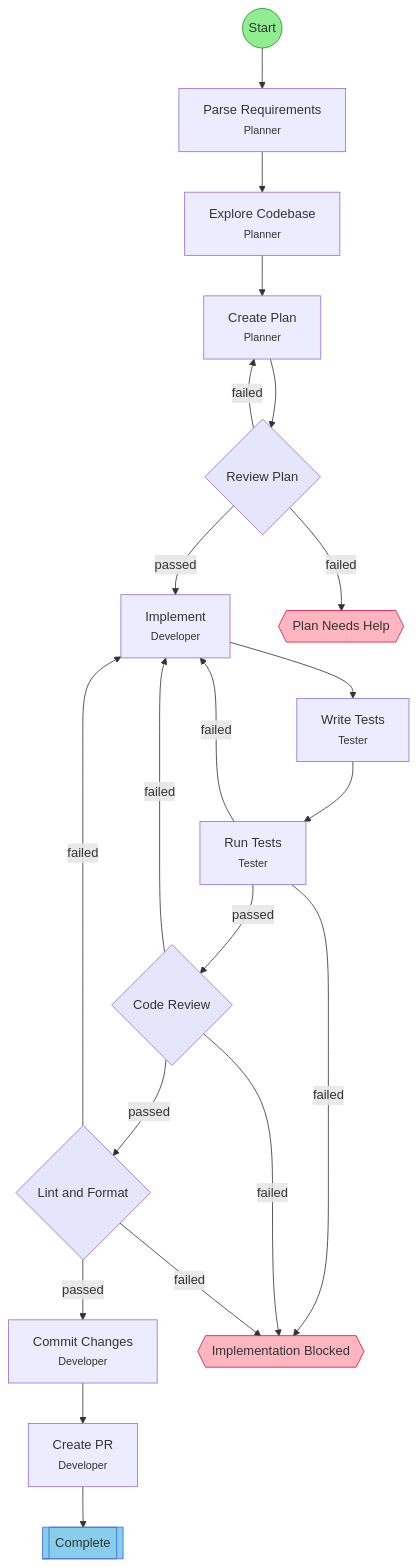
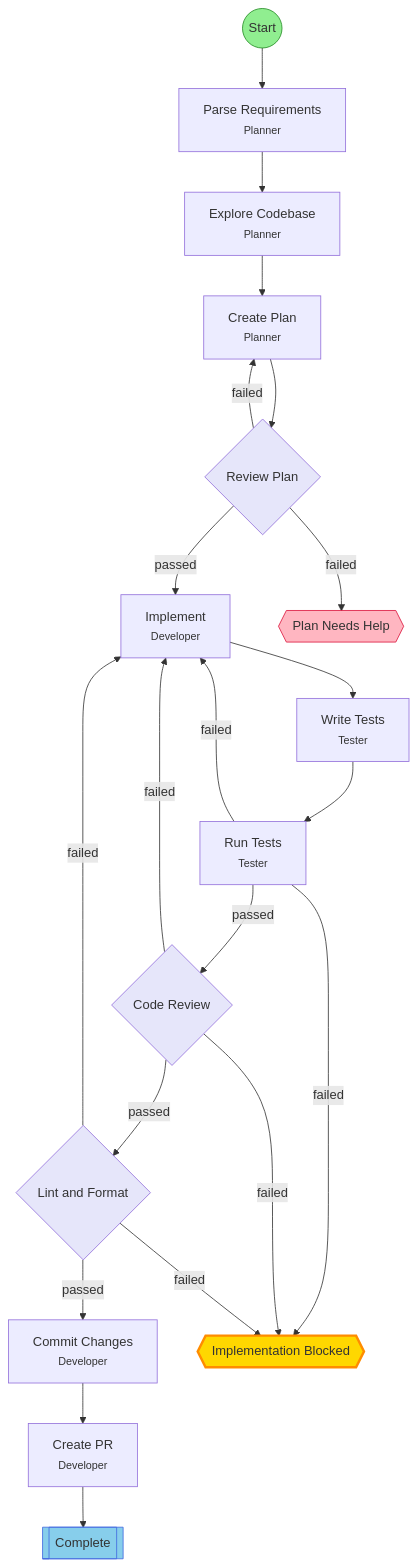
Before and after one commit to leclabs/agent-toolkit: the diagram in .flow/diagrams/feature-development.md, drawn with Mermaid. The commit also changed other lines of this file and 45 other files, not shown here.

````diff
--- a/.flow/diagrams/feature-development.md
+++ b/.flow/diagrams/feature-development.md
@@ -7,49 +7,50 @@
 ```mermaid
 flowchart TD
     start(("Start"))
     parse_requirements["Parse Requirements<br/><small>Planner</small>"]
     explore_codebase["Explore Codebase<br/><small>Planner</small>"]
     create_plan["Create Plan<br/><small>Planner</small>"]
     plan_review{"Review Plan"}
     implement["Implement<br/><small>Developer</small>"]
     write_tests["Write Tests<br/><small>Tester</small>"]
     run_tests["Run Tests<br/><small>Tester</small>"]
     code_review{"Code Review"}
     lint_format{"Lint and Format"}
     commit["Commit Changes<br/><small>Developer</small>"]
     create_pr["Create PR<br/><small>Developer</small>"]
     end_success[["Complete"]]
     hitl_plan_failed{{"Plan Needs Help"}}
     hitl_impl_failed{{"Implementation Blocked"}}
 
     start --> parse_requirements
     parse_requirements --> explore_codebase
     explore_codebase --> create_plan
     create_plan --> plan_review
     plan_review -->|failed| create_plan
     plan_review -->|failed| hitl_plan_failed
     plan_review -->|passed| implement
     implement --> write_tests
     write_tests --> run_tests
     run_tests -->|failed| implement
     run_tests -->|failed| hitl_impl_failed
     run_tests -->|passed| code_review
     code_review -->|failed| implement
     code_review -->|failed| hitl_impl_failed
     code_review -->|passed| lint_format
     lint_format -->|passed| commit
     lint_format -->|failed| implement
     lint_format -->|failed| hitl_impl_failed
     commit --> create_pr
     create_pr --> end_success
 
     classDef startStep fill:#90EE90,stroke:#228B22
     classDef successStep fill:#87CEEB,stroke:#4169E1
     classDef hitlStep fill:#FFB6C1,stroke:#DC143C
     classDef gateStep fill:#E6E6FA,stroke:#9370DB
     classDef currentStep fill:#FFD700,stroke:#FF8C00,stroke-width:3px
     class start startStep
     class end_success successStep
     class hitl_plan_failed,hitl_impl_failed hitlStep
     class plan_review,code_review,lint_format gateStep
+    class hitl_impl_failed currentStep
 ```
````
